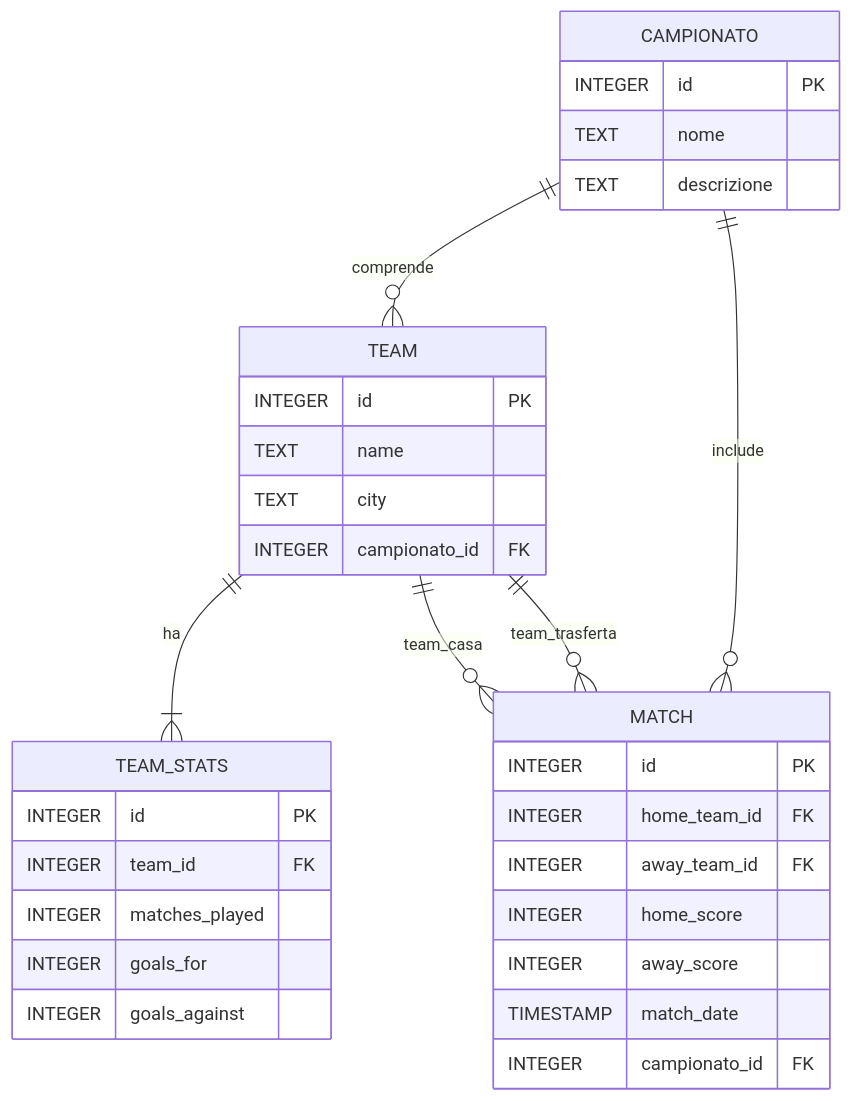
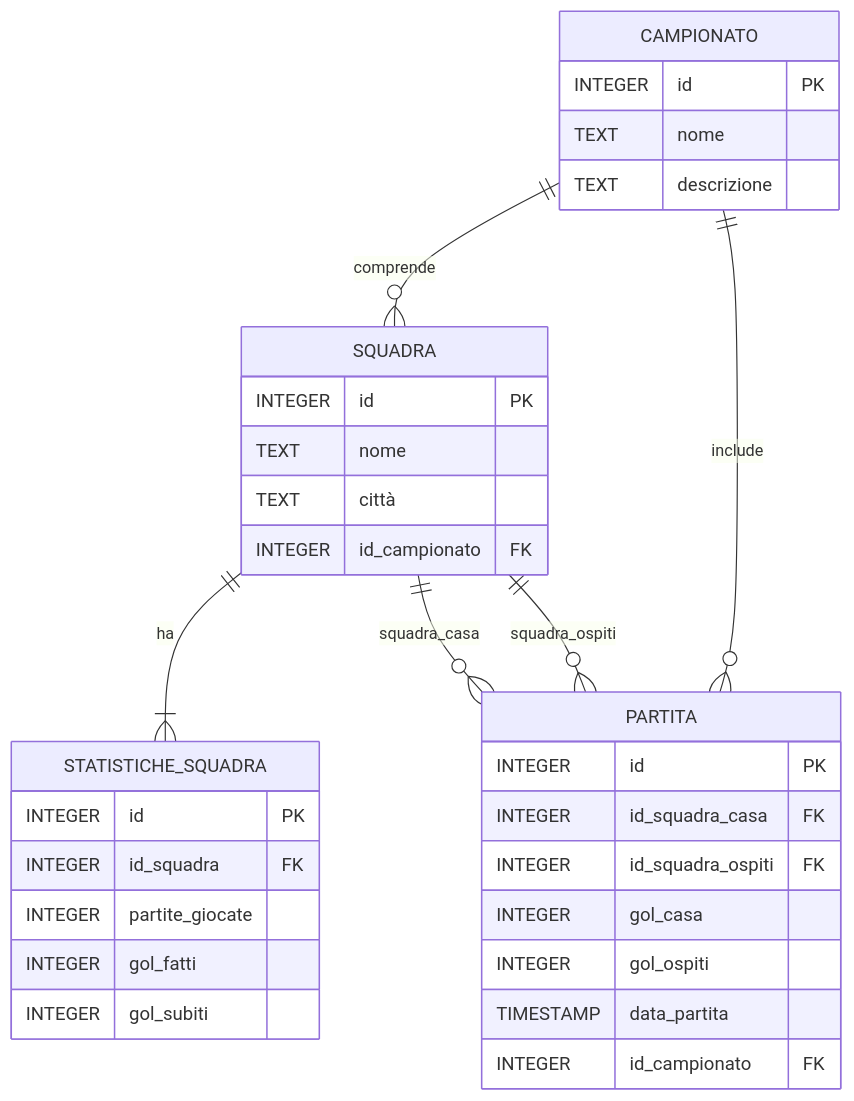
One commit to AngeloBerlini/progetto_festivo_5M changed the diagram in er_diagram.md. Above: the diagram before and after it, drawn with Mermaid. The commit also changed 25 other files, not shown here.

````diff
--- a/er_diagram.md
+++ b/er_diagram.md
@@ -1,47 +1,46 @@
 ```mermaid
 
 erDiagram
-
     CAMPIONATO {
         INTEGER id PK
         TEXT nome
         TEXT descrizione
     }
 
-    TEAM {
+    SQUADRA {
         INTEGER id PK
-        TEXT name
-        TEXT city
-        INTEGER campionato_id FK
+        TEXT nome
+        TEXT città
+        INTEGER id_campionato FK
     }
 
-    MATCH {
+    PARTITA {
         INTEGER id PK
-        INTEGER home_team_id FK
-        INTEGER away_team_id FK
-        INTEGER home_score
-        INTEGER away_score
-        TIMESTAMP match_date
-        INTEGER campionato_id FK
+        INTEGER id_squadra_casa FK
+        INTEGER id_squadra_ospiti FK
+        INTEGER gol_casa
+        INTEGER gol_ospiti
+        TIMESTAMP data_partita
+        INTEGER id_campionato FK
     }
 
-    TEAM_STATS {
+    STATISTICHE_SQUADRA {
         INTEGER id PK
-        INTEGER team_id FK
-        INTEGER matches_played
-        INTEGER goals_for
-        INTEGER goals_against
+        INTEGER id_squadra FK
+        INTEGER partite_giocate
+        INTEGER gol_fatti
+        INTEGER gol_subiti
     }
 
 
 
-    CAMPIONATO ||--o{ TEAM : comprende
-    CAMPIONATO ||--o{ MATCH : include
+    CAMPIONATO ||--o{ SQUADRA : comprende
+    CAMPIONATO ||--o{ PARTITA : include
 
-    TEAM ||--|{ TEAM_STATS : ha
+    SQUADRA ||--|{ STATISTICHE_SQUADRA : ha
 
-    TEAM ||--o{ MATCH : team_casa
-    TEAM ||--o{ MATCH : team_trasferta
+    SQUADRA ||--o{ PARTITA : squadra_casa
+    SQUADRA ||--o{ PARTITA : squadra_ospiti
     
     
 ```
````
